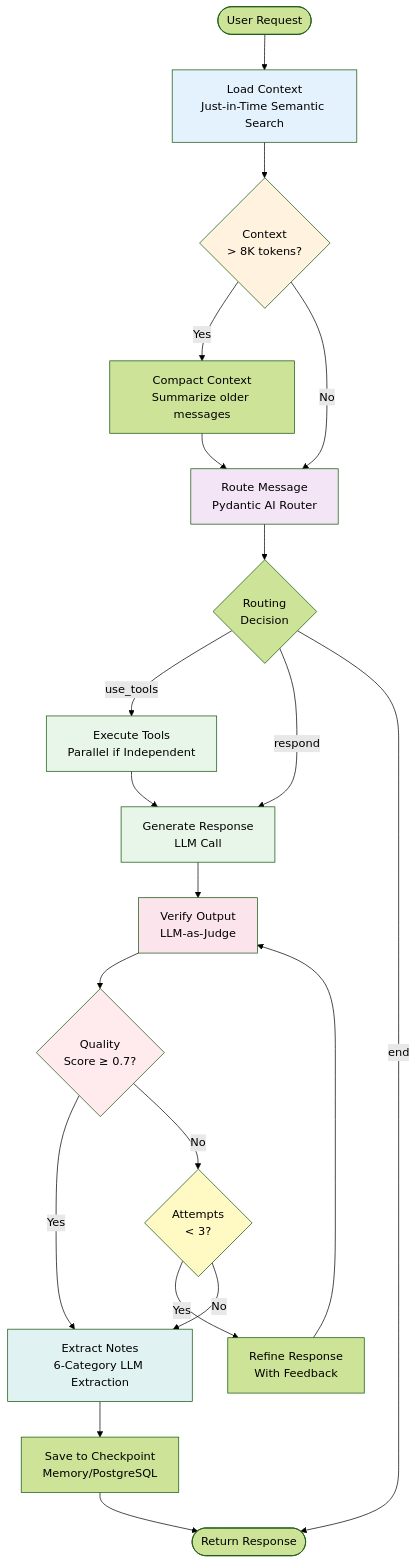
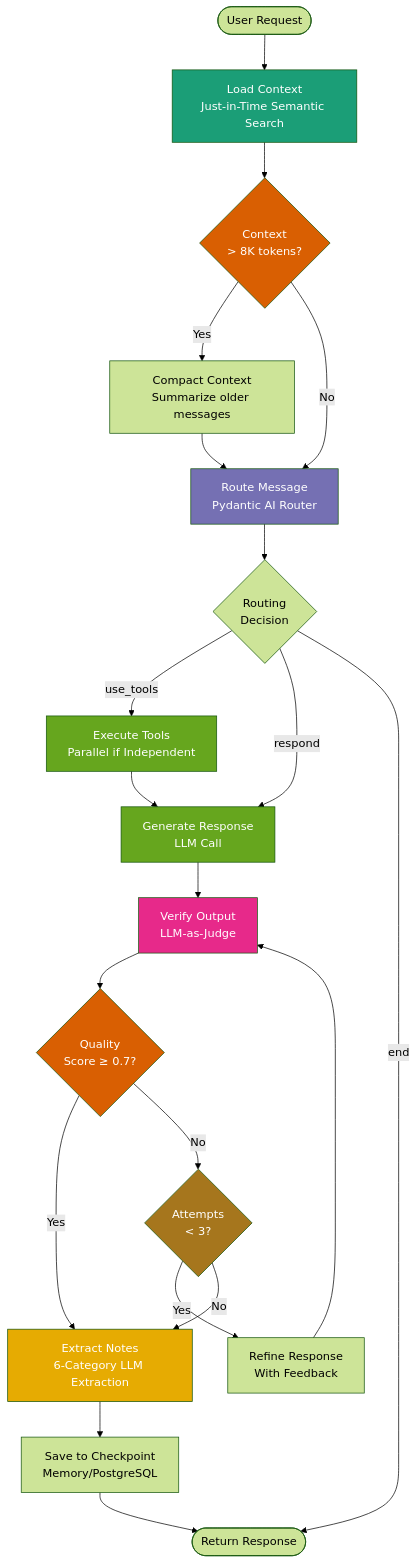
Before and after one commit to vishnu2kmohan/mcp-server-langgraph: the third of 10 diagrams in docs/diagrams/system-architecture.mdx, drawn with Mermaid (forest theme). The commit also changed other lines of this file and 4 other files, not shown here.

First line of the commit message:
style: update Mermaid diagrams to dark mode-friendly ColorBrewer2 palette

````diff
--- a/docs/diagrams/system-architecture.mdx
+++ b/docs/diagrams/system-architecture.mdx
@@ -154,38 +154,38 @@
 ```mermaid
 flowchart TD
     Start([User Request]) --> LoadContext[Load Context<br/>Just-in-Time Semantic Search]
 
     LoadContext --> Compact{Context<br/>> 8K tokens?}
     Compact -->|Yes| CompactCtx[Compact Context<br/>Summarize older messages]
     Compact -->|No| Route[Route Message<br/>Pydantic AI Router]
     CompactCtx --> Route
 
     Route --> Decision{Routing<br/>Decision}
     Decision -->|use_tools| ExecuteTools[Execute Tools<br/>Parallel if Independent]
     Decision -->|respond| GenerateResp[Generate Response<br/>LLM Call]
     Decision -->|end| End([Return Response])
 
     ExecuteTools --> GenerateResp
     GenerateResp --> Verify[Verify Output<br/>LLM-as-Judge]
 
     Verify --> Quality{Quality<br/>Score ≥ 0.7?}
     Quality -->|Yes| ExtractNotes[Extract Notes<br/>6-Category LLM Extraction]
     Quality -->|No| Refine{Attempts<br/>< 3?}
 
     Refine -->|Yes| RefineResp[Refine Response<br/>With Feedback]
     Refine -->|No| ExtractNotes
     RefineResp --> Verify
 
     ExtractNotes --> SaveState[Save to Checkpoint<br/>Memory/PostgreSQL]
     SaveState --> End
 
-    style LoadContext fill:#e3f2fd
-    style Compact fill:#fff3e0
-    style Route fill:#f3e5f5
-    style ExecuteTools fill:#e8f5e9
-    style GenerateResp fill:#e8f5e9
-    style Verify fill:#fce4ec
-    style ExtractNotes fill:#e0f2f1
-    style Quality fill:#ffebee
-    style Refine fill:#fff9c4
+    style LoadContext fill:#1b9e77,color:#fff
+    style Compact fill:#d95f02,color:#fff
+    style Route fill:#7570b3,color:#fff
+    style ExecuteTools fill:#66a61e,color:#fff
+    style GenerateResp fill:#66a61e,color:#fff
+    style Verify fill:#e7298a,color:#fff
+    style ExtractNotes fill:#e6ab02,color:#fff
+    style Quality fill:#d95f02,color:#fff
+    style Refine fill:#a6761d,color:#fff
 ```
````
